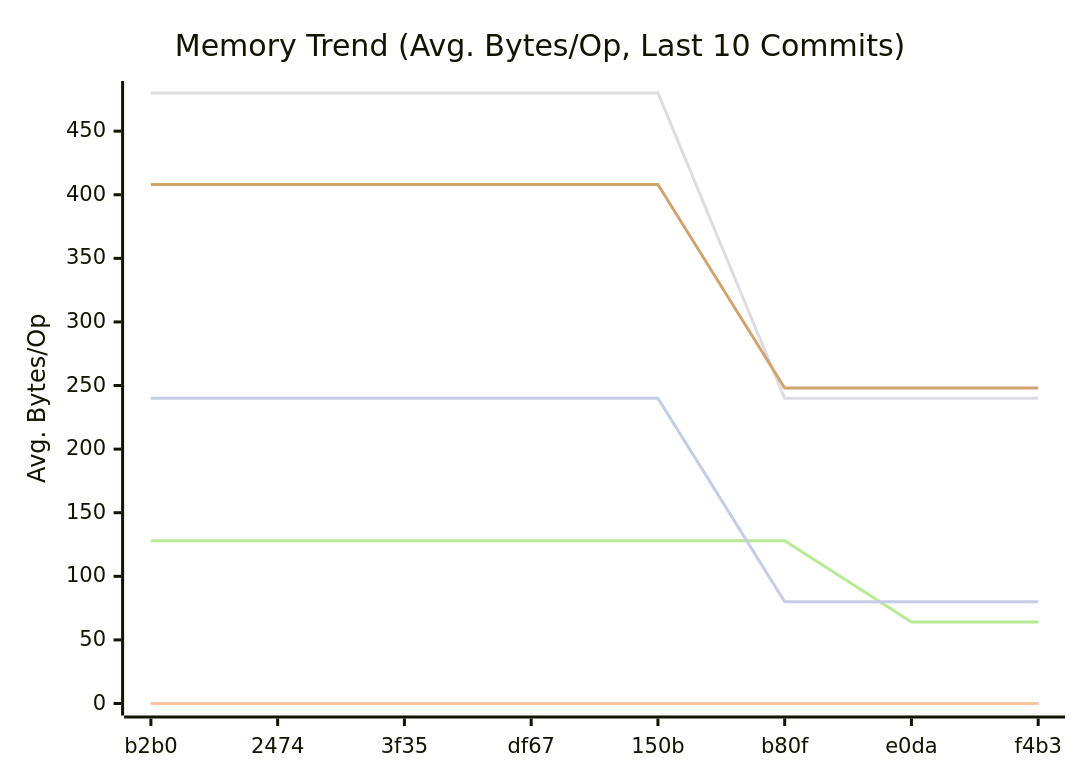
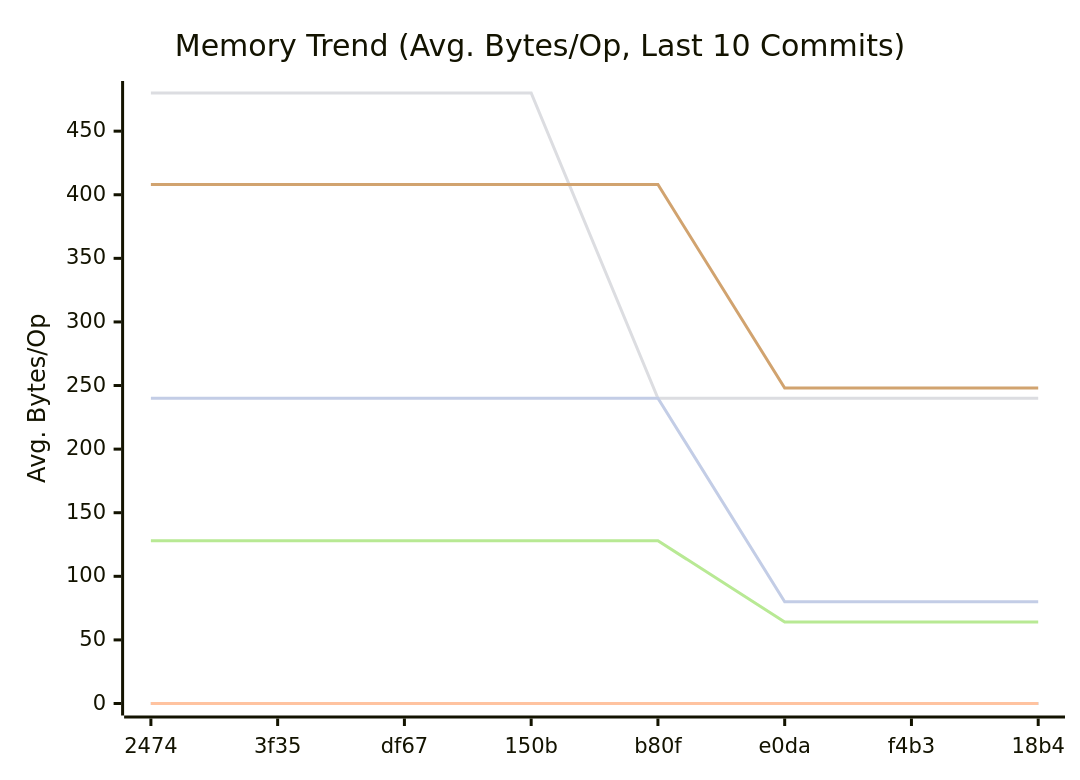
The second of 3 diagrams in docs/README.md (alsotoes/momo), drawn with Mermaid before and after one commit. The commit also changed other lines of this file and 1 other file, not shown here.

````diff
--- a/docs/README.md
+++ b/docs/README.md
@@ -168,14 +168,14 @@
 ```mermaid
 xychart-beta
     title "Memory Trend (Avg. Bytes/Op, Last 10 Commits)"
     x-axis "Commit"
     y-axis "Avg. Bytes/Op"
-    x-axis [b2b0,2474,3f35,df67,150b,b80f,e0da,f4b3]
+    x-axis [2474,3f35,df67,150b,b80f,e0da,f4b3,18b4]
     line "CheckMetricsAndSwap" [0,0,0,0,0,0,0,0,0,0]
     line "IndexDirectTracking" [0,0,0,0,0,0,0,0,0,0]
     line "IndexSearch" [0,0,0,0,0,0,0,0,0,0]
-    line "LoadGlobalConfig" [480,480,480,480,480,240,240,240,240,160]
-    line "PadString" [128,128,128,128,128,128,64,64,64,0]
+    line "LoadGlobalConfig" [480,480,480,480,240,240,240,240,160,160]
+    line "PadString" [128,128,128,128,128,64,64,64,0,0]
     line "ParseReplicationOrder_NoPrealloc" [408,408,408,408,408,248,248,248,248,248]
     line "ParseReplicationOrder_Prealloc" [240,240,240,240,240,80,80,80,80,80]
 ```
````
